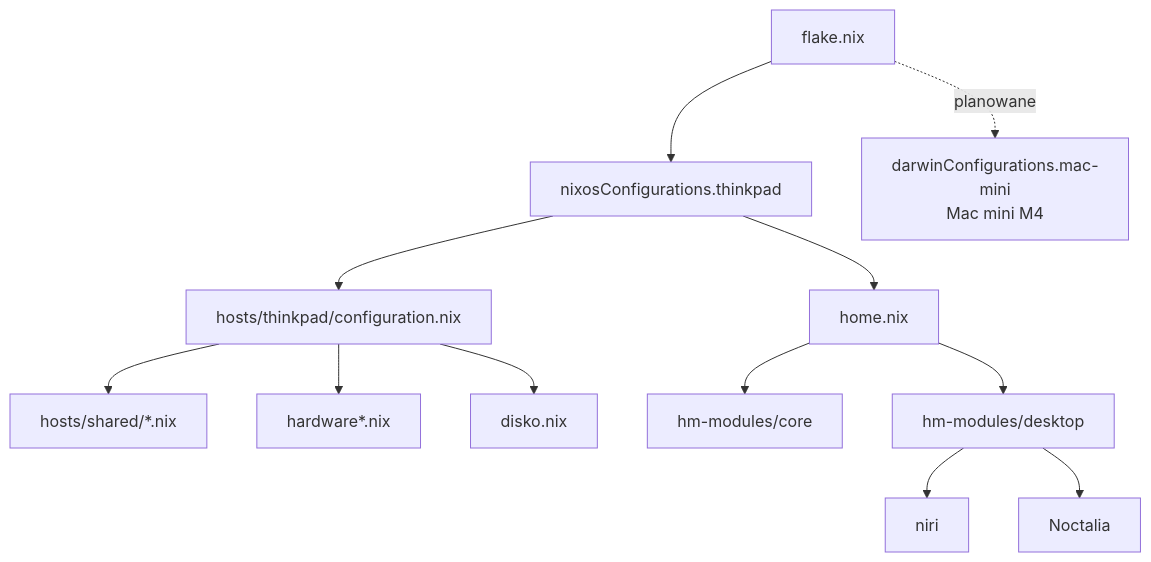
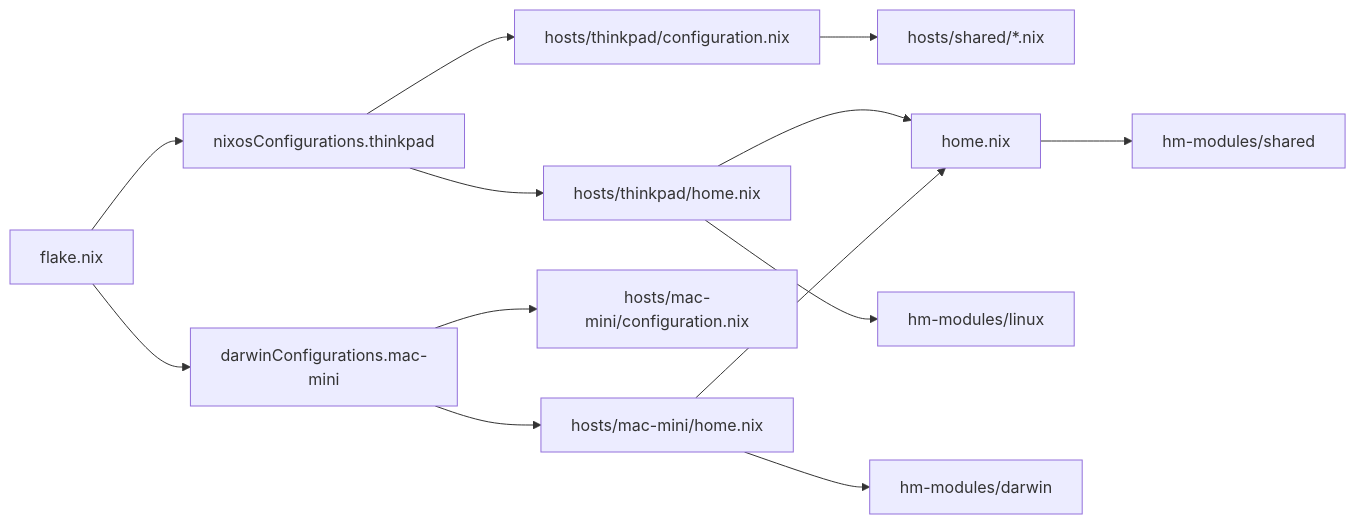
One commit to kaczub/NixOS changed the diagram in README.md. Above: the diagram before and after it, drawn with Mermaid. The commit also changed other lines of this file and 13 other files, not shown here.

````diff
--- a/README.md
+++ b/README.md
@@ -56,16 +48,18 @@
 ```mermaid
-flowchart TD
-    F[flake.nix] --> H[nixosConfigurations.thinkpad]
-    H --> HC[hosts/thinkpad/configuration.nix]
-    HC --> SH[hosts/shared/*.nix]
-    HC --> HW[hardware*.nix]
-    HC --> D[disko.nix]
+flowchart LR
+    F[flake.nix] --> T[nixosConfigurations.thinkpad]
+    F --> M[darwinConfigurations.mac-mini]
 
-    H --> HM[home.nix]
-    HM --> CORE[hm-modules/core]
-    HM --> DESK[hm-modules/desktop]
-    DESK --> NIRI[niri]
-    DESK --> NOCT[Noctalia]
+    T --> TC[hosts/thinkpad/configuration.nix]
+    T --> TH[hosts/thinkpad/home.nix]
+    TC --> SH[hosts/shared/*.nix]
 
-    F -. planowane .-> MAC[darwinConfigurations.mac-mini<br/>Mac mini M4]
+    M --> MC[hosts/mac-mini/configuration.nix]
+    M --> MH[hosts/mac-mini/home.nix]
+
+    TH --> BASE[home.nix]
+    MH --> BASE
+    BASE --> HS[hm-modules/shared]
+    TH --> HL[hm-modules/linux]
+    MH --> HD[hm-modules/darwin]
 ```
````
